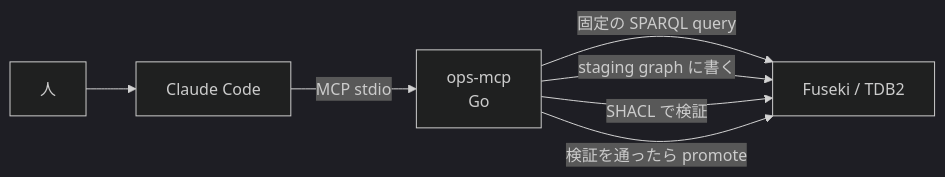
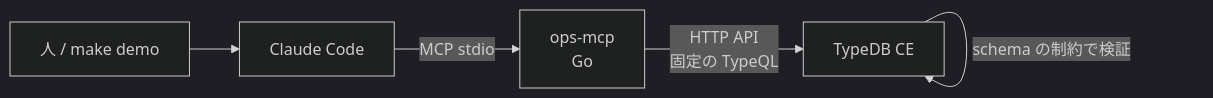
Before and after one commit to jedipunkz/jedipunkz.github.io: the diagram in content/post/ontology-driven-observability-playground.md, drawn with Mermaid (dark theme). The commit also changed other lines of this file, not shown here.

Commit message:
docs: rewrite ontology post for TypeDB

````diff
--- a/content/post/ontology-driven-observability-playground.md
+++ b/content/post/ontology-driven-observability-playground.md
@@ -82,9 +120,7 @@
 ```mermaid
 flowchart LR
-  U[人] --> C[Claude Code]
+  U[人 / make demo] --> C[Claude Code]
   C -->|MCP stdio| M[ops-mcp<br/>Go]
-  M -->|固定の SPARQL query| F[Fuseki / TDB2]
-  M -->|staging graph に書く| F
-  M -->|SHACL で検証| F
-  M -->|検証を通ったら promote| F
+  M -->|HTTP API<br/>固定の TypeQL| T[TypeDB CE]
+  T -->|schema の制約で検証| T
 ```
````
